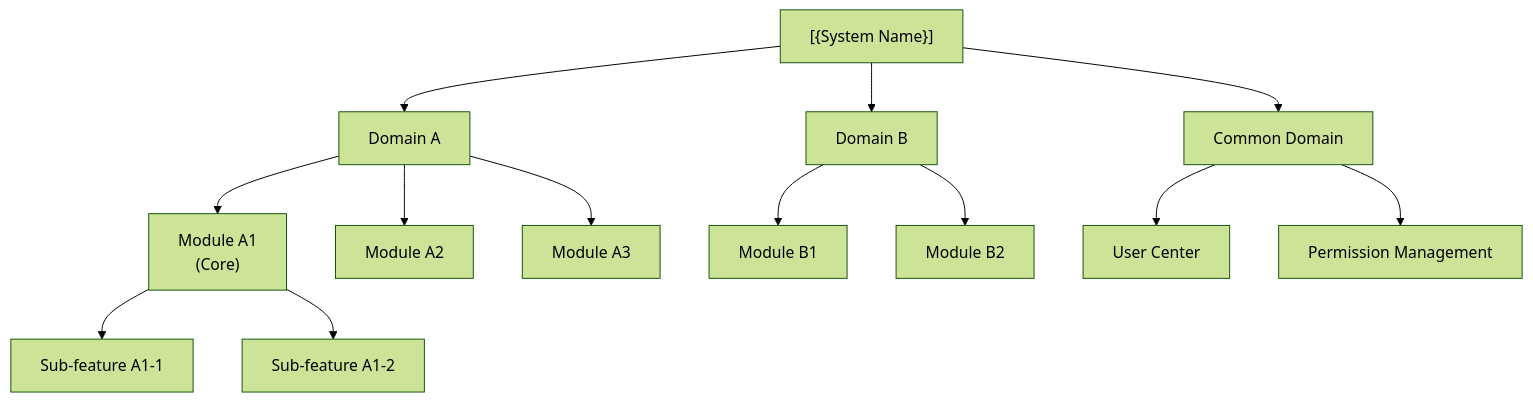
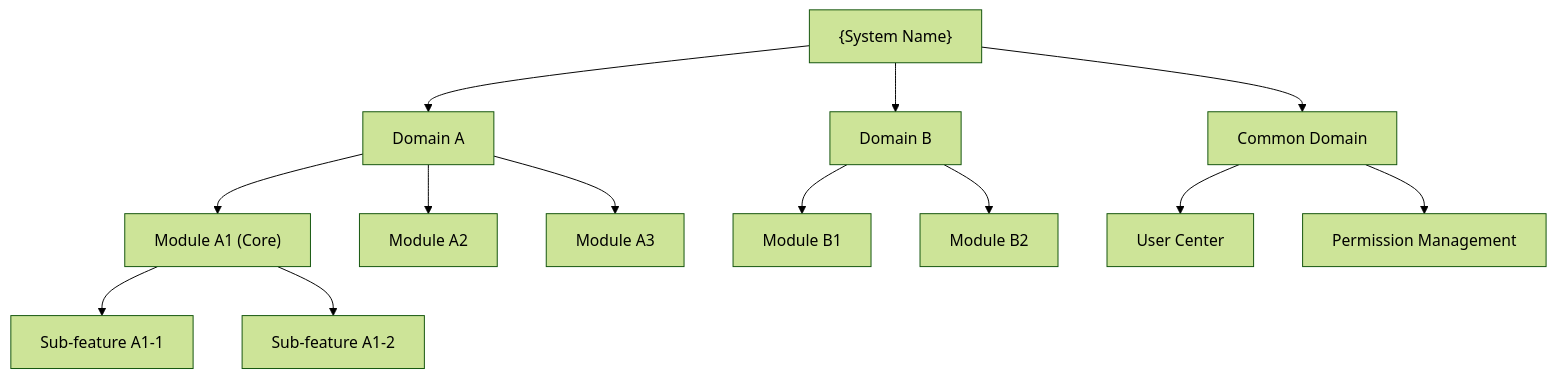
One commit to charlesmu99/speccrew changed the second of 5 diagrams in .speccrew/skills/speccrew-knowledge-system-summarize/templates/SYSTEM-OVERVIEW-TEMPLATE.md. Above: the diagram before and after it, drawn with Mermaid (forest theme). The commit also changed other lines of this file and 9 other files, not shown here.

First line of the commit message:
feat(knowledge-skills): enhance documentation templates with source traceability and Mermaid compatibility

````diff
--- a/.speccrew/skills/speccrew-knowledge-system-summarize/templates/SYSTEM-OVERVIEW-TEMPLATE.md
+++ b/.speccrew/skills/speccrew-knowledge-system-summarize/templates/SYSTEM-OVERVIEW-TEMPLATE.md
@@ -95,34 +102,34 @@
 ```mermaid
 graph TD
-    SYS["[{System Name}]"]
+    SYS["{System Name}"]
     
     DA["Domain A"]
     DB["Domain B"]
     DC["Common Domain"]
     
-    A1["Module A1<br/>(Core)"]
+    A1["Module A1 (Core)"]
     A2["Module A2"]
     A3["Module A3"]
     B1["Module B1"]
     B2["Module B2"]
     UC["User Center"]
     PM["Permission Management"]
     
     A1_1["Sub-feature A1-1"]
     A1_2["Sub-feature A1-2"]
     
     SYS --> DA
     SYS --> DB
     SYS --> DC
     
     DA --> A1
     DA --> A2
     DA --> A3
     DB --> B1
     DB --> B2
     DC --> UC
     DC --> PM
     
     A1 --> A1_1
     A1 --> A1_2
 ```
````
